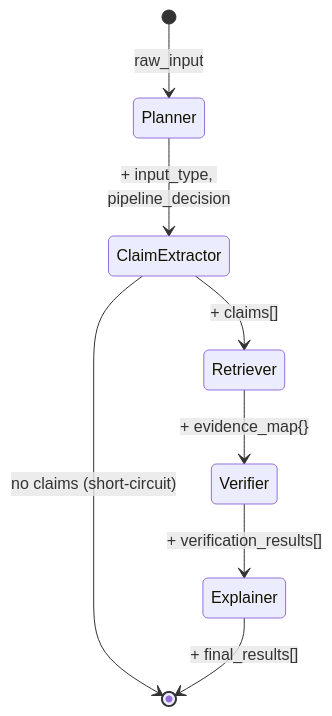
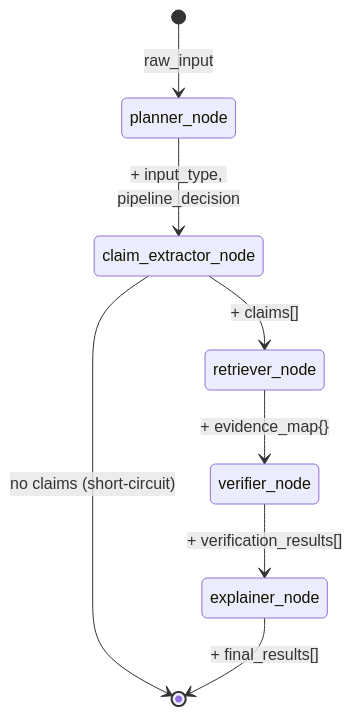
One commit to chandan112307/evilearn-2 changed the second of 3 diagrams in backend/ai_engine/README.md. Above: the diagram before and after it, drawn with Mermaid. The commit also changed other lines of this file and 9 other files, not shown here.

First line of the commit message:
Rewrite AI engine as graph-native LangGraph system: delete agent classes, implement all agents as pure-function graph nodes

````diff
--- a/backend/ai_engine/README.md
+++ b/backend/ai_engine/README.md
@@ -48,10 +73,10 @@
 ```mermaid
 stateDiagram-v2
-    [*] --> Planner: raw_input
-    Planner --> ClaimExtractor: + input_type, pipeline_decision
-    ClaimExtractor --> Retriever: + claims[]
-    ClaimExtractor --> [*]: no claims (short-circuit)
-    Retriever --> Verifier: + evidence_map{}
-    Verifier --> Explainer: + verification_results[]
-    Explainer --> [*]: + final_results[]
+    [*] --> planner_node: raw_input
+    planner_node --> claim_extractor_node: + input_type, pipeline_decision
+    claim_extractor_node --> retriever_node: + claims[]
+    claim_extractor_node --> [*]: no claims (short-circuit)
+    retriever_node --> verifier_node: + evidence_map{}
+    verifier_node --> explainer_node: + verification_results[]
+    explainer_node --> [*]: + final_results[]
 ```
````
